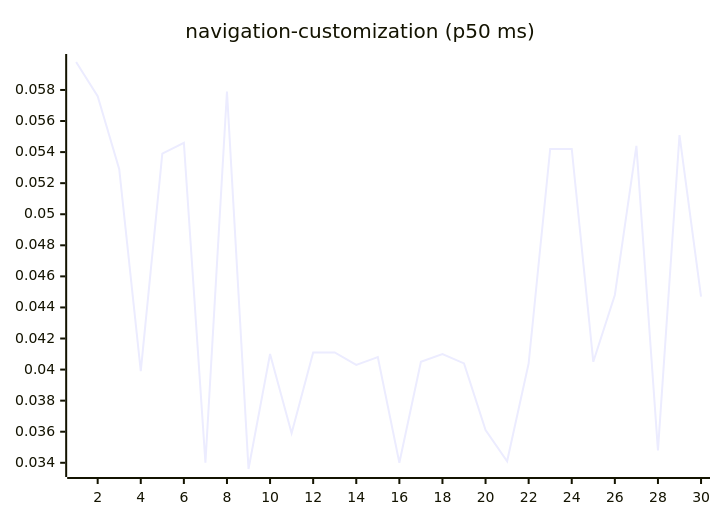
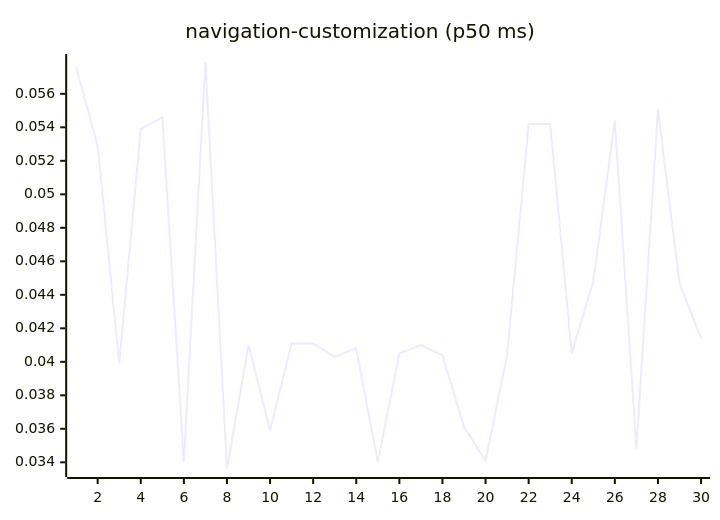
Diagram 15 of 27 in README.md (josha/Facet), drawn with Mermaid before and after one commit. The commit also changed other lines of this file and 2 other files, not shown here.

````diff
--- a/README.md
+++ b/README.md
@@ -161,6 +161,6 @@
 ```mermaid
 xychart-beta
     title "navigation-customization (p50 ms)"
     x-axis 1 --> 30
-    line [0.0598, 0.0576, 0.0529, 0.0399, 0.0539, 0.0546, 0.0340, 0.0579, 0.0336, 0.0410, 0.0359, 0.0411, 0.0411, 0.0403, 0.0408, 0.0340, 0.0405, 0.0410, 0.0404, 0.0361, 0.0341, 0.0404, 0.0542, 0.0542, 0.0405, 0.0448, 0.0544, 0.0348, 0.0551, 0.0447]
+    line [0.0576, 0.0529, 0.0399, 0.0539, 0.0546, 0.0340, 0.0579, 0.0336, 0.0410, 0.0359, 0.0411, 0.0411, 0.0403, 0.0408, 0.0340, 0.0405, 0.0410, 0.0404, 0.0361, 0.0341, 0.0404, 0.0542, 0.0542, 0.0405, 0.0448, 0.0544, 0.0348, 0.0551, 0.0447, 0.0414]
 ```
````
